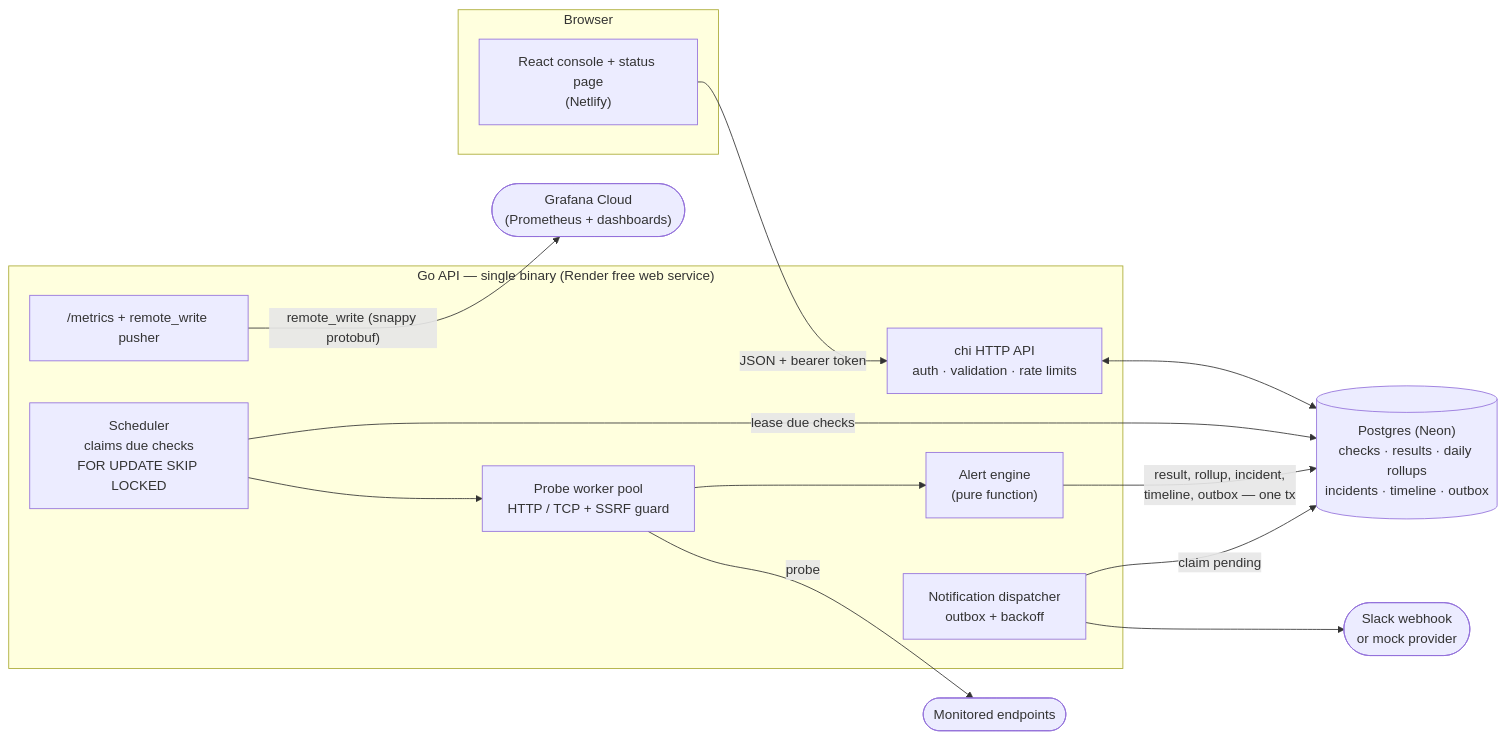
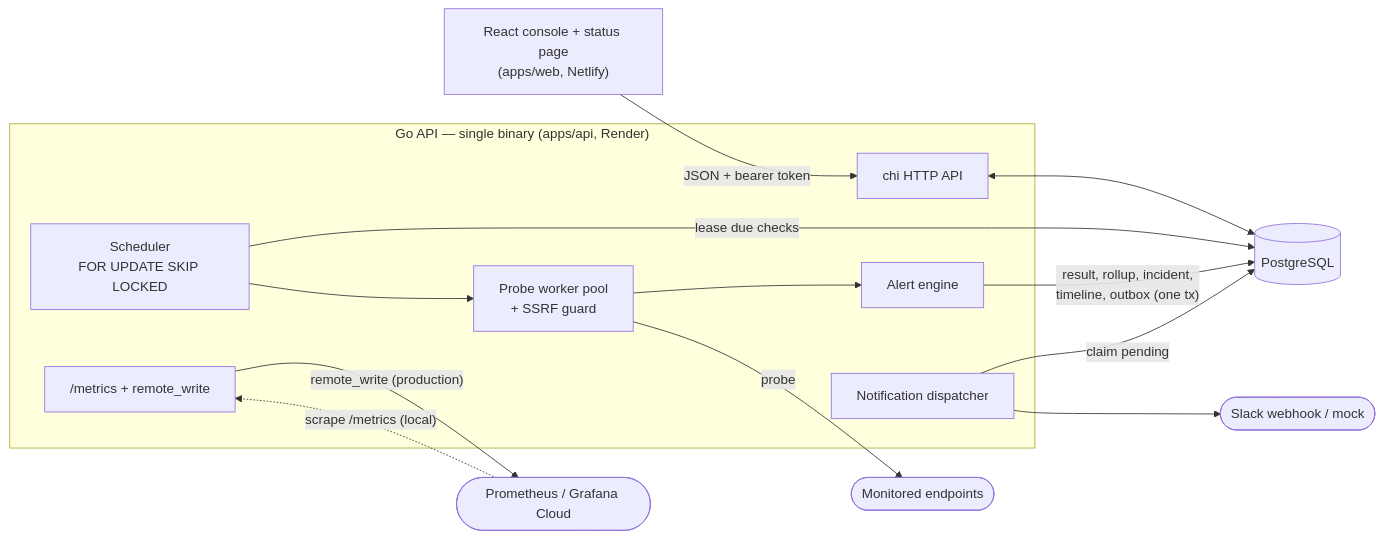
One commit to Isaacpyo/PulseOps changed the first of 2 diagrams in README.md. Above: the diagram before and after it, drawn with Mermaid. The commit also changed other lines of this file and 24 other files, not shown here.

````diff
--- a/README.md
+++ b/README.md
@@ -32,31 +62,30 @@
 ```mermaid
 flowchart LR
-  subgraph Browser
-    UI["React console + status page<br/>(Netlify)"]
+  UI["React console + status page<br/>(apps/web, Netlify)"]
+
+  subgraph API["Go API — single binary (apps/api, Render)"]
+    HTTP["chi HTTP API"]
+    SCHED["Scheduler<br/>FOR UPDATE SKIP LOCKED"]
+    POOL["Probe worker pool<br/>+ SSRF guard"]
+    RULES["Alert engine"]
+    DISP["Notification dispatcher"]
+    METRICS["/metrics + remote_write"]
   end
 
-  subgraph API["Go API — single binary (Render free web service)"]
-    HTTP["chi HTTP API<br/>auth · validation · rate limits"]
-    SCHED["Scheduler<br/>claims due checks<br/>FOR UPDATE SKIP LOCKED"]
-    POOL["Probe worker pool<br/>HTTP / TCP + SSRF guard"]
-    RULES["Alert engine<br/>(pure function)"]
-    DISP["Notification dispatcher<br/>outbox + backoff"]
-    METRICS["/metrics + remote_write pusher"]
-  end
-
-  PG[("Postgres (Neon)<br/>checks · results · daily rollups<br/>incidents · timeline · outbox")]
+  PG[("PostgreSQL")]
   TARGETS(["Monitored endpoints"])
-  SLACK(["Slack webhook<br/>or mock provider"])
-  GC(["Grafana Cloud<br/>(Prometheus + dashboards)"])
+  SLACK(["Slack webhook / mock"])
+  PROM(["Prometheus / Grafana Cloud"])
 
   UI -- "JSON + bearer token" --> HTTP
   HTTP <--> PG
   SCHED -- "lease due checks" --> PG
   SCHED --> POOL
   POOL -- "probe" --> TARGETS
   POOL --> RULES
-  RULES -- "result, rollup, incident,<br/>timeline, outbox — one tx" --> PG
+  RULES -- "result, rollup, incident,<br/>timeline, outbox (one tx)" --> PG
   DISP -- "claim pending" --> PG
   DISP --> SLACK
-  METRICS -- "remote_write (snappy protobuf)" --> GC
+  PROM -. "scrape /metrics (local)" .-> METRICS
+  METRICS -- "remote_write (production)" --> PROM
 ```
````
